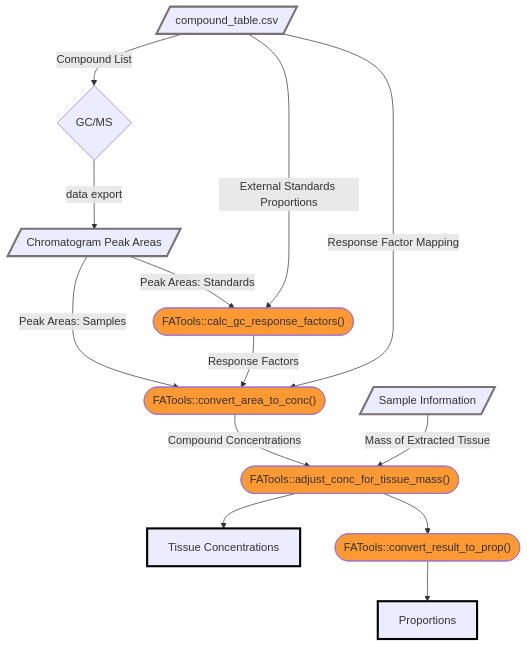
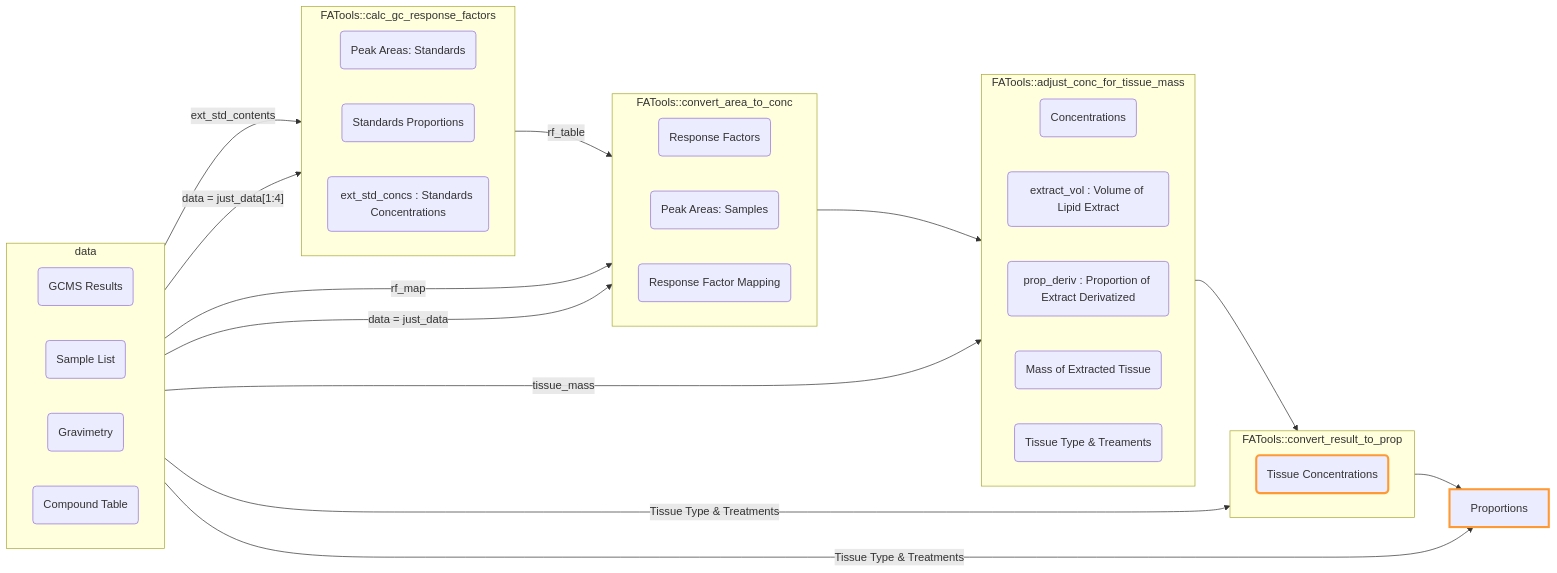
Before and after one commit to miketommus/example-fatty-acid-analysis: the second of 2 diagrams in README.md, drawn with Mermaid. The commit also changed other lines of this file and 3 other files, not shown here.

````diff
--- a/README.md
+++ b/README.md
@@ -36,30 +93,55 @@
 ```mermaid
-flowchart TD
-A{GC/MS}
-B[/Chromatogram Peak Areas/]:::data
-C(["FATools::calc_gc_response_factors()"]):::func
-D(["FATools::convert_area_to_conc()"]):::func
-F[/"compound_table.csv"/]:::data
-H(["FATools::adjust_conc_for_tissue_mass()"]):::func
-I[/"Sample Information"/]:::data
-J["Tissue Concentrations"]:::result
-K["Proportions"]:::result
-L(["FATools::convert_result_to_prop()"]):::func
+flowchart LR
+    
+    subgraph data
+        direction LR
+        gcms_results(GCMS Results)
+        sample_list(Sample List)
+        gravimetry(Gravimetry)
+        compound_table(Compound Table)
+    end
+    
+    subgraph FATools::calc_gc_response_factors
+        direction LR
+        PeakAreasStandards(Peak Areas: Standards)
+        StandardsProportions(Standards Proportions)
+        StandardsConcs(ext_std_concs : Standards Concentrations)
+    end
+    
+    subgraph FATools::convert_area_to_conc
+        direction LR
+        ResponseFactors(Response Factors)
+        PeakAreasSamples(Peak Areas: Samples)
+        ResponseFactorMapping(Response Factor Mapping)
+    end
+    
+    subgraph FATools::adjust_conc_for_tissue_mass
+        direction LR
+        CompoundConcentrations(Concentrations)
+        ExtractVol(extract_vol : Volume of Lipid Extract)
+        PropDeriv(prop_deriv : Proportion of Extract Derivatized)
+        MassExtractedTissue(Mass of Extracted Tissue)
+        TreatmentsTissueType(Tissue Type & Treaments)
+    end
+    
+    subgraph FATools::convert_result_to_prop
+        direction LR
+        TissueConcentrations(Tissue Concentrations):::finalData
+    end
 
-A-->|data export| B
-B -->|"Peak Areas: Standards"| C
-B -->|"Peak Areas: Samples"| D
-C-->|"Response Factors"| D
-D-->|"Compound Concentrations"| H
-F -->|"External Standards Proportions"| C
-F-->|"Response Factor Mapping"|D
-F-->|"Compound List"| A
-I-->|Mass of Extracted Tissue| H
-H--> J
-H--> L
-L--> K
 
-classDef data stroke:#787276, stroke-width:3
-classDef result stroke:#000, stroke-width:3
-classDef func fill:#ff9933
+compound_table -->|ext_std_contents| StandardsProportions
+compound_table -->|rf_map| ResponseFactorMapping
+gcms_results -->|"data = just_data[1:4]"| PeakAreasStandards
+gcms_results -->|"data = just_data"| PeakAreasSamples
+FATools::calc_gc_response_factors -->|rf_table| ResponseFactors
+FATools::convert_area_to_conc --> CompoundConcentrations
+gravimetry -->|tissue_mass| MassExtractedTissue
+FATools::adjust_conc_for_tissue_mass --> TissueConcentrations
+FATools::convert_result_to_prop --> Proportions
+sample_list -->|Tissue Type & Treatments| TissueConcentrations
+sample_list -->|Tissue Type & Treatments| Proportions:::finalData
+
+classDef finalData stroke:#ff9933, stroke-width:3
+
 ```
````
